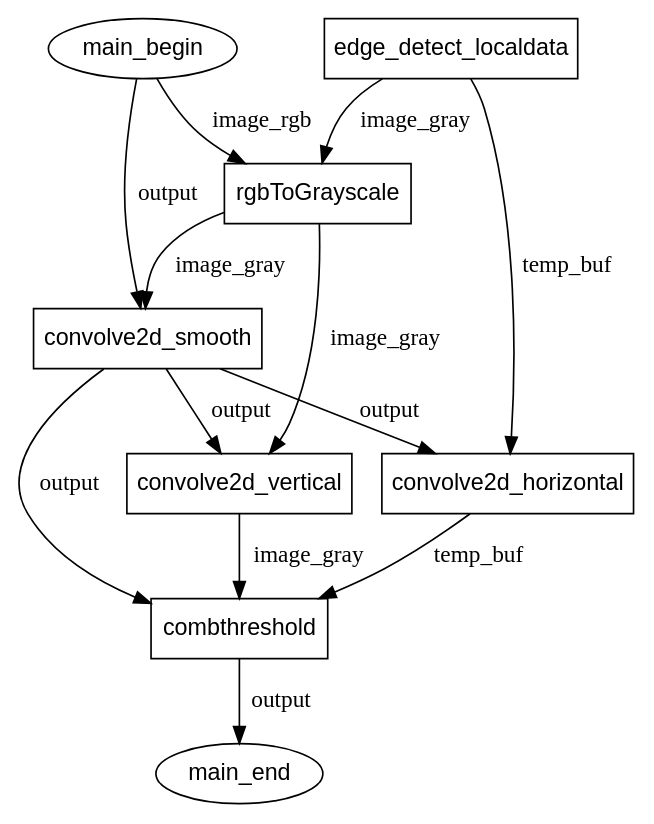
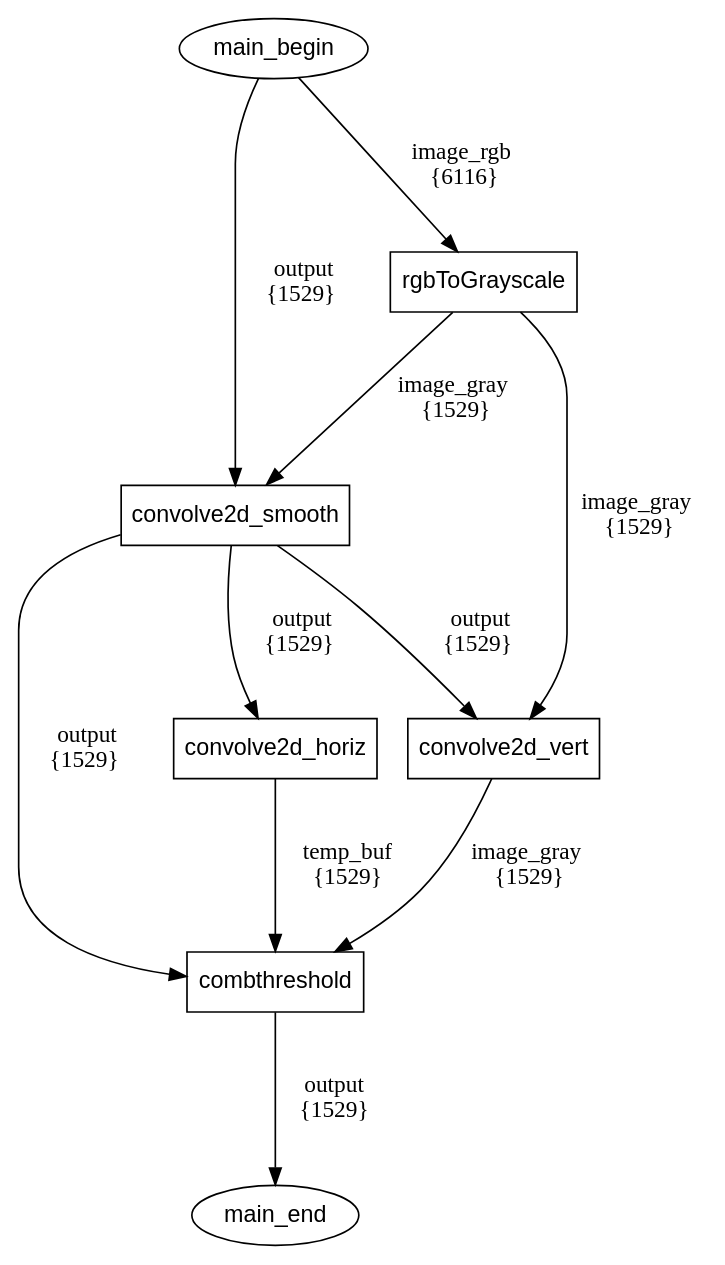
Before and after one commit to tiagolascasas/wonderland: the diagram in TaskgraphsEdgeDetect/hwsw-partitioning/task_graphs/TaskGraph-V0CE.dot, drawn with Graphviz. The commit also changed 14 other files, not shown here.

```diff
--- a/TaskgraphsEdgeDetect/hwsw-partitioning/task_graphs/TaskGraph-V0CE.dot
+++ b/TaskgraphsEdgeDetect/hwsw-partitioning/task_graphs/TaskGraph-V0CE.dot
@@ -1,27 +1,27 @@
 digraph static_call_graph {
 	rankdir=TB;
 	node [shape=rectangle, fontname="Arial"]
-    edge [fontname="Consolas"]
+    edge [fontname="Consolas", minlen=2]
 
     "main_begin" [label="main_begin\n", shape="ellipse"]
-    "edge_detect_localdata" [label="edge_detect_localdata"]
+    //"edge_detect_localdata" [label="edge_detect_localdata"]
 	"rgbToGrayscale" [label="rgbToGrayscale\n"]
 	"convolve2d_smooth" [label="convolve2d_smooth\n"]
-	"convolve2d_vertical" [label="convolve2d_vertical\n"]
-	"convolve2d_horizontal" [label="convolve2d_horizontal\n"]
+	"convolve2d_vert" [label="convolve2d_vert\n"]
+	"convolve2d_horiz" [label="convolve2d_horiz\n"]
 	"combthreshold" [label="combthreshold\n"]
     "main_end" [label="main_end\n", shape="ellipse"]
 
-    "main_begin" -> "rgbToGrayscale" [label="image_rgb"]
-    "main_begin" -> "convolve2d_smooth" [label="output"]
-    "edge_detect_localdata" -> "rgbToGrayscale" [label="image_gray"]
-    "edge_detect_localdata" -> "convolve2d_horizontal" [label="temp_buf"]
-    "rgbToGrayscale" -> "convolve2d_smooth" [label="image_gray"]
-    "rgbToGrayscale" -> "convolve2d_vertical" [label="image_gray"]
-    "convolve2d_smooth" -> "convolve2d_vertical" [label="output"]
-    "convolve2d_smooth" -> "convolve2d_horizontal" [label="output"]
-    "convolve2d_smooth" -> "combthreshold" [label="output"]
-    "convolve2d_vertical" -> "combthreshold" [label="image_gray"]
-    "convolve2d_horizontal" -> "combthreshold" [label="temp_buf"]
-    "combthreshold" -> "main_end" [label="output"]
+    "main_begin" -> "rgbToGrayscale" [label="image_rgb\n  {6116}"]
+    "main_begin" -> "convolve2d_smooth" [label="   output\n  {1529}"]
+    //"edge_detect_localdata" -> "rgbToGrayscale" [label="image_gray"]
+    //"edge_detect_localdata" -> "convolve2d_horiz" [label="temp_buf"]
+    "rgbToGrayscale" -> "convolve2d_smooth" [label="image_gray\n  {1529}"]
+    "rgbToGrayscale" -> "convolve2d_vert" [label="image_gray\n  {1529}"]
+    "convolve2d_smooth" -> "convolve2d_vert" [label="   output\n  {1529}"]
+    "convolve2d_smooth" -> "convolve2d_horiz" [label="   output\n  {1529}"]
+    "convolve2d_smooth" -> "combthreshold" [label="   output\n  {1529}"]
+    "convolve2d_vert" -> "combthreshold" [label="image_gray\n  {1529}"]
+    "convolve2d_horiz" -> "combthreshold" [label="  temp_buf\n  {1529}"]
+    "combthreshold" -> "main_end" [label="  output\n  {1529}"]
 }
```
